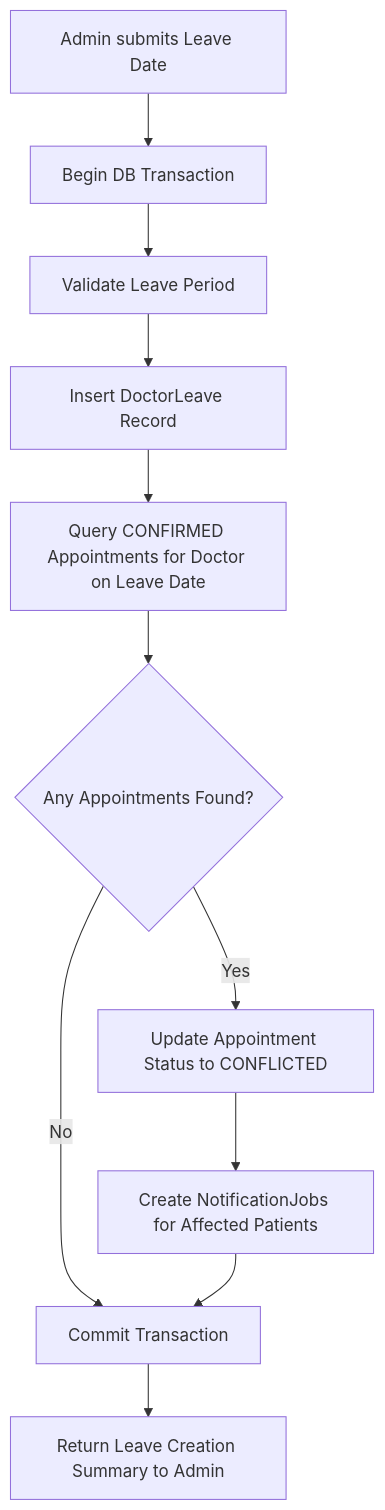
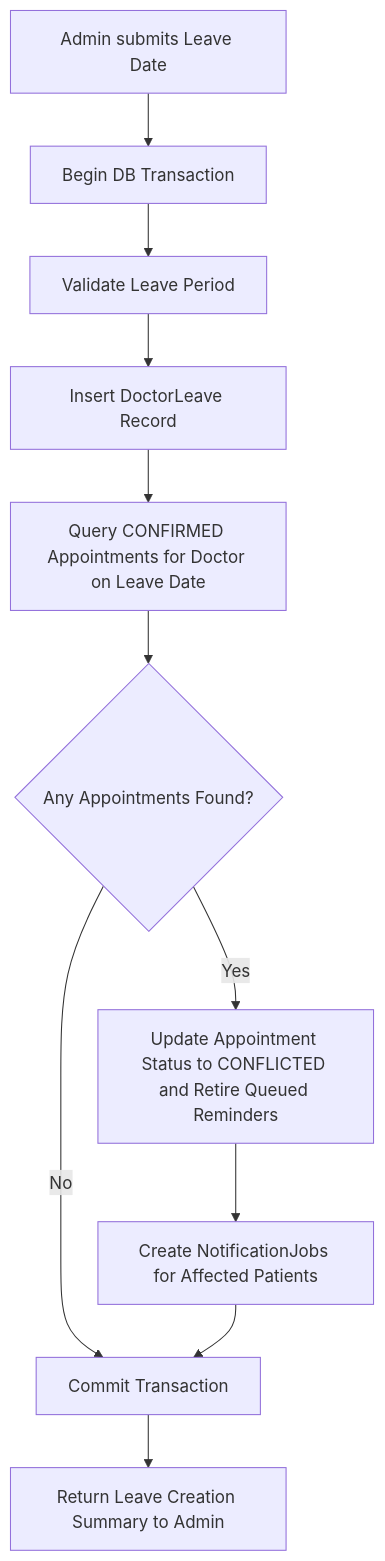
One commit to SakthiQ/Healthcare-Appointment-Follow-up-Manager changed the second of 3 diagrams in docs/system-design.md. Above: the diagram before and after it, drawn with Mermaid. The commit also changed other lines of this file and 29 other files, not shown here.

````diff
--- a/docs/system-design.md
+++ b/docs/system-design.md
@@ -53,13 +53,13 @@
 ```mermaid
 flowchart TD
     A[Admin submits Leave Date] --> B[Begin DB Transaction]
     B --> C[Validate Leave Period]
     C --> D[Insert DoctorLeave Record]
     D --> E[Query CONFIRMED Appointments for Doctor on Leave Date]
     E --> F{Any Appointments Found?}
-    F -- Yes --> G[Update Appointment Status to CONFLICTED]
+    F -- Yes --> G[Update Appointment Status to CONFLICTED and Retire Queued Reminders]
     G --> H[Create NotificationJobs for Affected Patients]
     F -- No --> I[Commit Transaction]
     H --> I
     I --> J[Return Leave Creation Summary to Admin]
 ```
````
